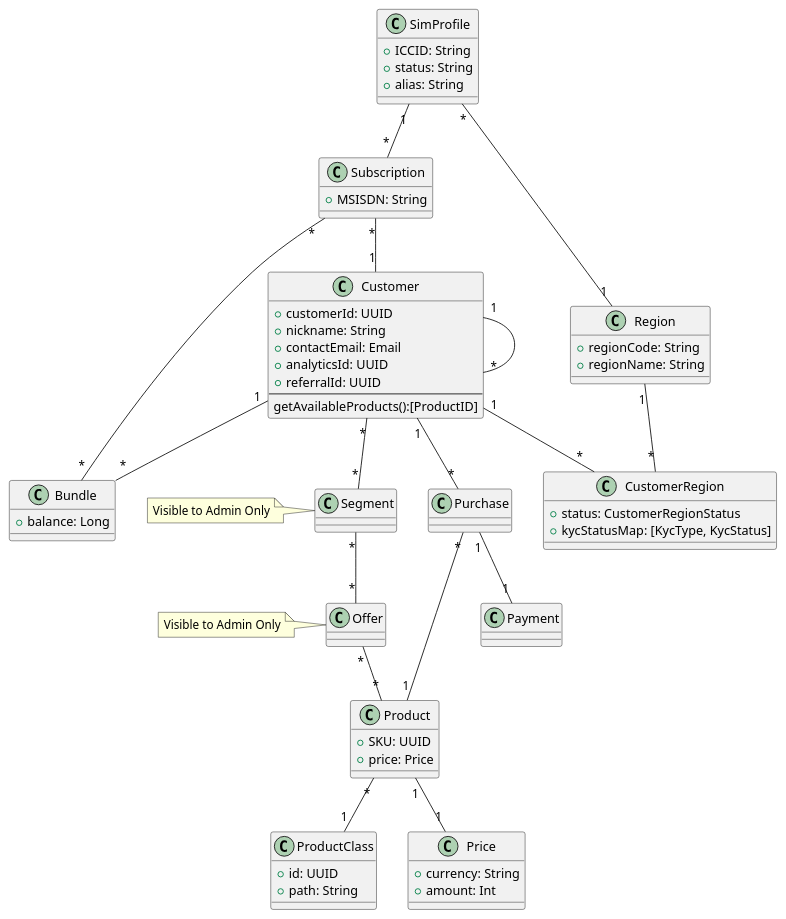
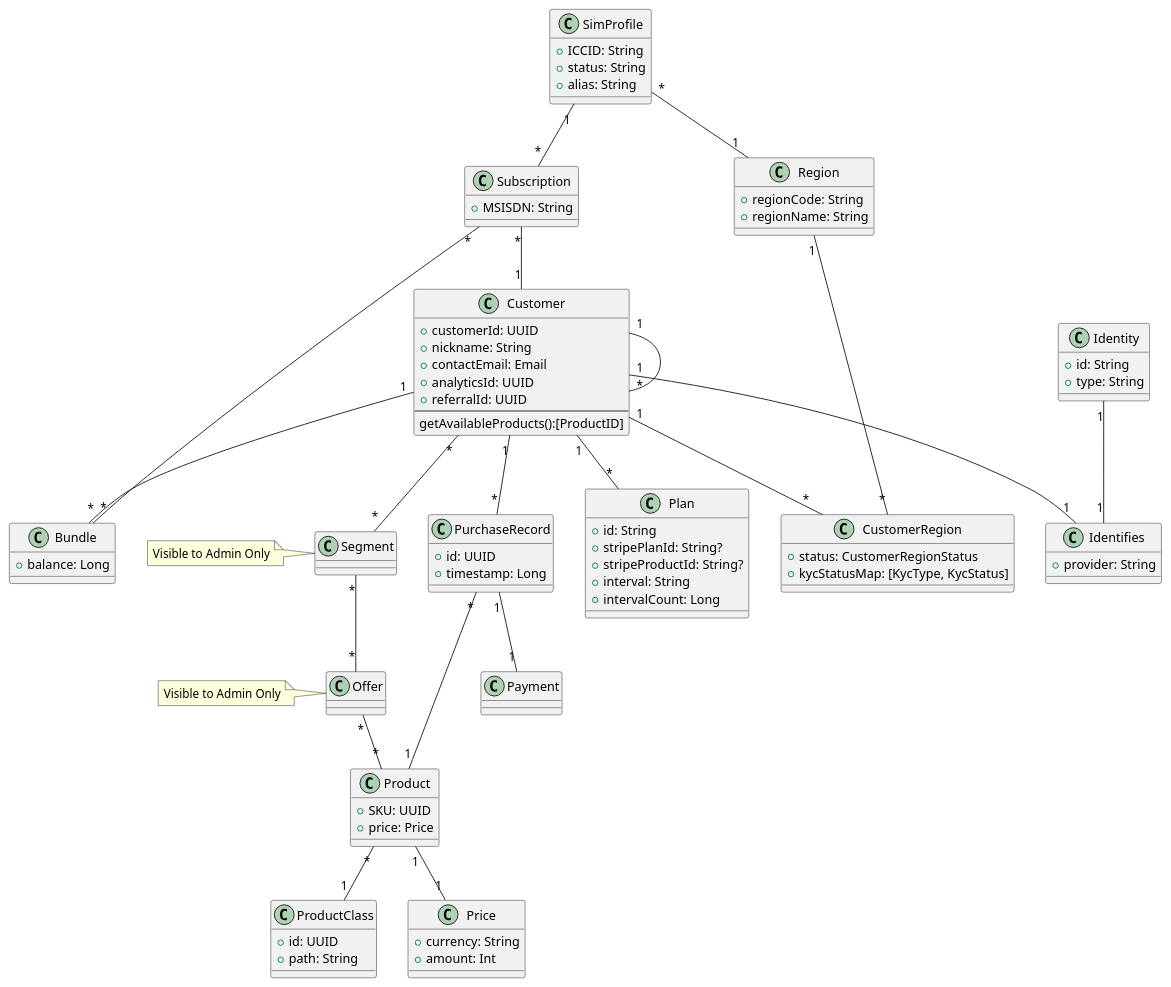
Before and after one commit to ostelco/ostelco-core: the diagram in docs/domain-model/classes.puml, drawn with PlantUML. The commit also changed 3 other files, not shown here.

```diff
--- a/docs/domain-model/classes.puml
+++ b/docs/domain-model/classes.puml
@@ -1,77 +1,103 @@
 @startuml
 
 class Region {
   + regionCode: String
   + regionName: String
 }
 
 class CustomerRegion {
   + status: CustomerRegionStatus
   + kycStatusMap: [KycType, KycStatus]
+}
+
+class Identity {
+  + id: String
+  + type: String
+}
+
+class Identifies {
+  + provider: String
 }
 
 class Customer {
   + customerId: UUID
   + nickname: String
   + contactEmail: Email
   + analyticsId: UUID
   + referralId: UUID
 --
   getAvailableProducts():[ProductID]
 }
 
 class Bundle {
   + balance: Long
 }
 
 class SimProfile {
   + ICCID: String
   + status: String
   + alias: String
 }
 
 class Subscription {
  + MSISDN: String
 }
 
 class Segment
 note left: Visible to Admin Only
 
 class Offer
 note left: Visible to Admin Only
 
 class ProductClass {
   + id: UUID
   + path: String
 }
 
 class Price {
   + currency: String
   + amount: Int
 }
 
 class Product {
   + SKU: UUID
   + price: Price
 }
 
+class PurchaseRecord {
+  + id: UUID
+  + timestamp: Long
+}
+
+class Plan {
+  + id: String
+  + stripePlanId: String?
+  + stripeProductId: String?
+  + interval: String
+  + intervalCount: Long
+}
+
+Identity "1" -- "1" Identifies
+Customer "1" -- "1" Identifies
 Customer "1" -- "*" Customer
+
 Customer "1" -- "*" CustomerRegion
 Region "1" -- "*" CustomerRegion
 Customer "1" -- "*" Bundle
 SimProfile "*" -- "1" Region
 SimProfile "1" -- "*" Subscription
 Subscription "*" -- "1" Customer
 Subscription "*" -- "*" Bundle
 
 Customer "*" -- "*" Segment
 Segment "*" -- "*" Offer
 Offer "*" -- "*" Product
 Product "1" -- "1" Price
 Product "*" -- "1" ProductClass
 
-Purchase "*" -- "1" Product
-Customer "1" -- "*" Purchase
-Purchase "1"  -- "1" Payment
+PurchaseRecord "*" -- "1" Product
+Customer "1" -- "*" PurchaseRecord
+PurchaseRecord "1"  -- "1" Payment
+Customer "1" -- "*" Plan
 
 @enduml
```
